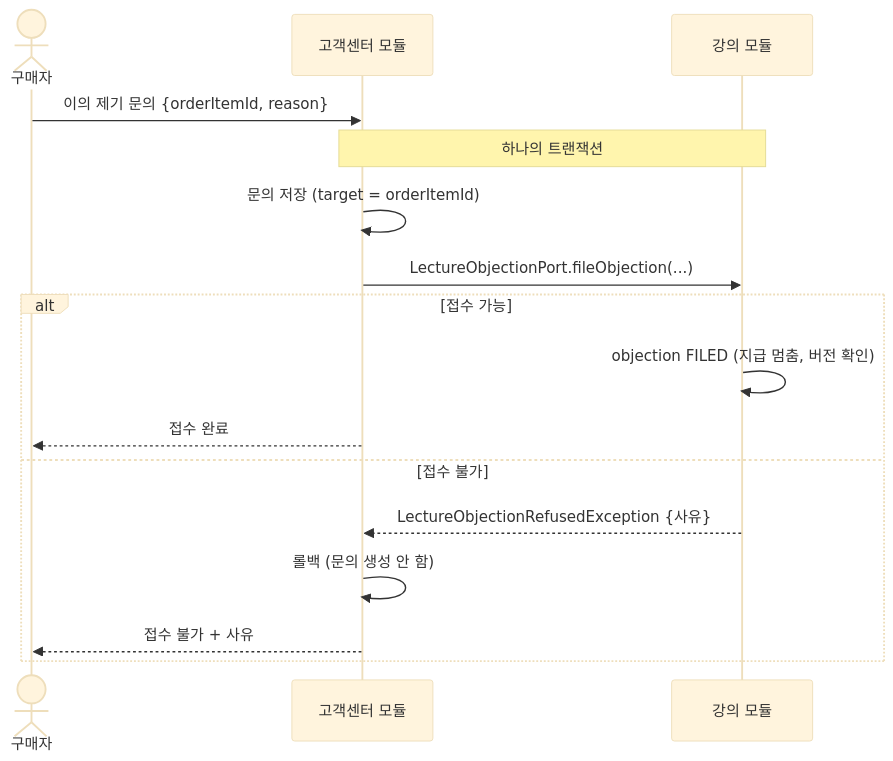
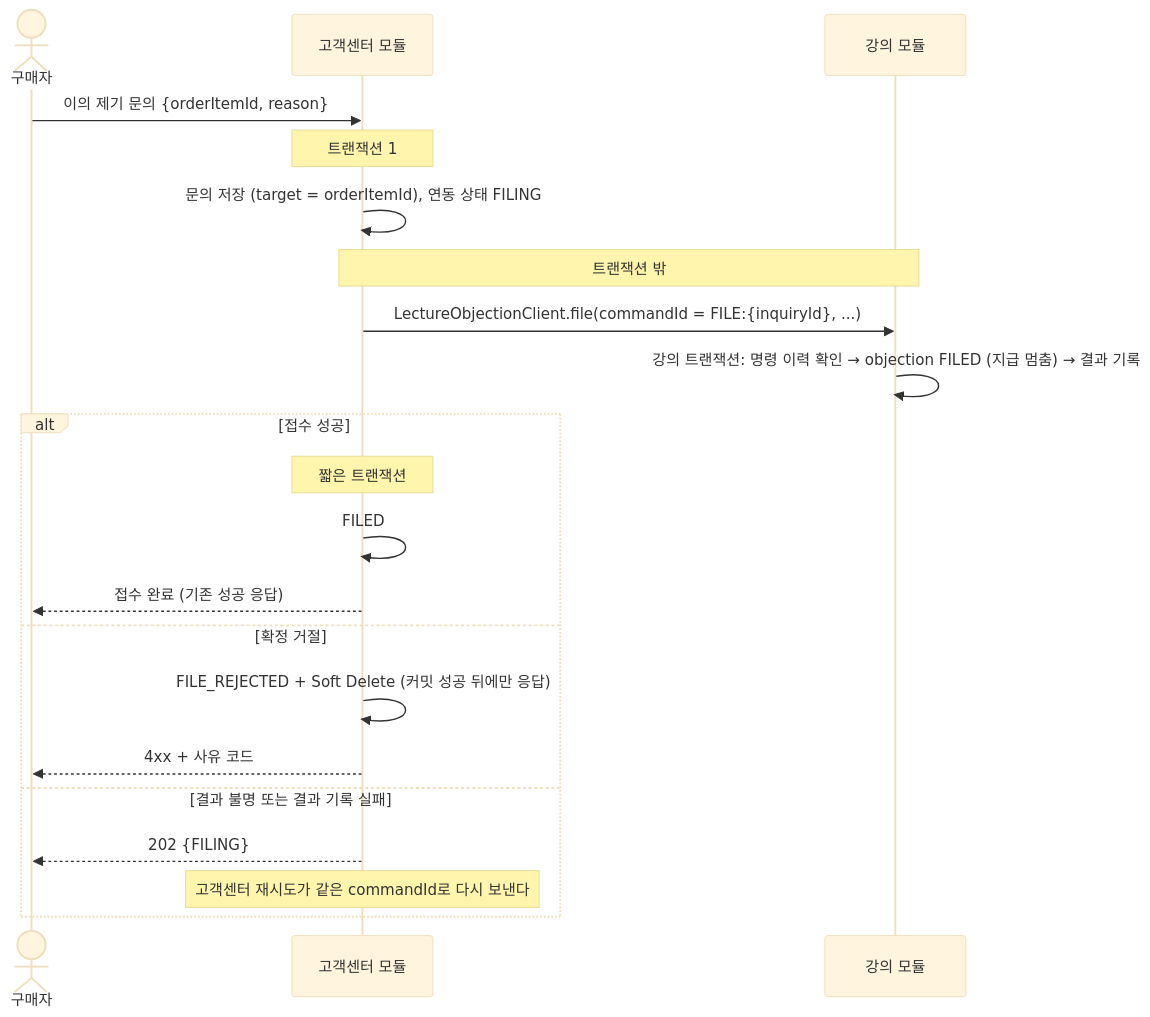
The eighth of 9 diagrams in docs/design/lecture-module.md (prgrms-be-adv-devcourse/beadv8_8_LMS_BE), drawn with Mermaid (base theme) before and after one commit. The commit also changed other lines of this file, not shown here.

First line of the commit message:
Docs: 모듈 간 트랜잭션 제거와 계약 경계 재설계 (#246)

````diff
--- a/docs/design/lecture-module.md
+++ b/docs/design/lecture-module.md
@@ -494,18 +613,23 @@
 ```mermaid
 sequenceDiagram
     actor B as 구매자
     participant CS as 고객센터 모듈
     participant LEC as 강의 모듈
     B->>CS: 이의 제기 문의 {orderItemId, reason}
-    Note over CS,LEC: 하나의 트랜잭션
-    CS->>CS: 문의 저장 (target = orderItemId)
-    CS->>LEC: LectureObjectionPort.fileObjection(...)
-    alt 접수 가능
-        LEC->>LEC: objection FILED (지급 멈춤, 버전 확인)
-        CS-->>B: 접수 완료
-    else 접수 불가
-        LEC-->>CS: LectureObjectionRefusedException {사유}
-        CS->>CS: 롤백 (문의 생성 안 함)
-        CS-->>B: 접수 불가 + 사유
+    Note over CS: 트랜잭션 1
+    CS->>CS: 문의 저장 (target = orderItemId), 연동 상태 FILING
+    Note over CS,LEC: 트랜잭션 밖
+    CS->>LEC: LectureObjectionClient.file(commandId = FILE:{inquiryId}, ...)
+    LEC->>LEC: 강의 트랜잭션: 명령 이력 확인 → objection FILED (지급 멈춤) → 결과 기록
+    alt 접수 성공
+        Note over CS: 짧은 트랜잭션
+        CS->>CS: FILED
+        CS-->>B: 접수 완료 (기존 성공 응답)
+    else 확정 거절
+        CS->>CS: FILE_REJECTED + Soft Delete (커밋 성공 뒤에만 응답)
+        CS-->>B: 4xx + 사유 코드
+    else 결과 불명 또는 결과 기록 실패
+        CS-->>B: 202 {FILING}
+        Note over CS: 고객센터 재시도가 같은 commandId로 다시 보낸다
     end
 ```
````
